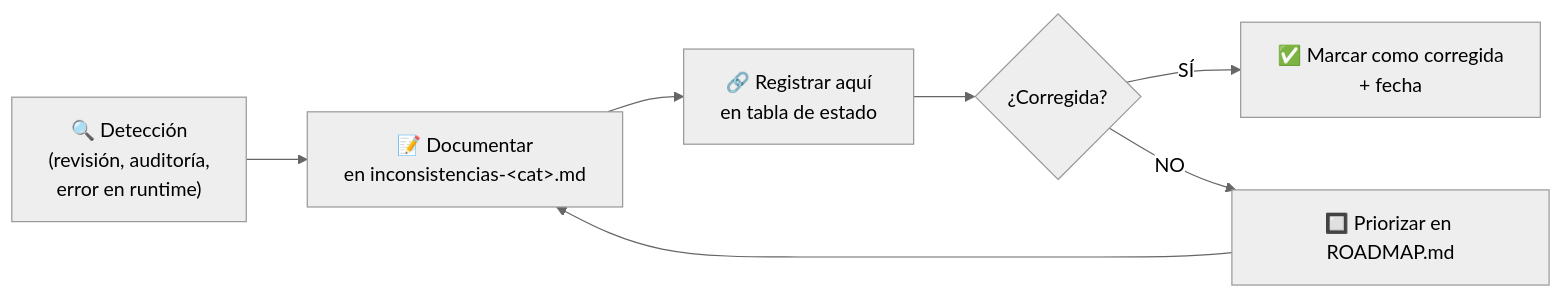
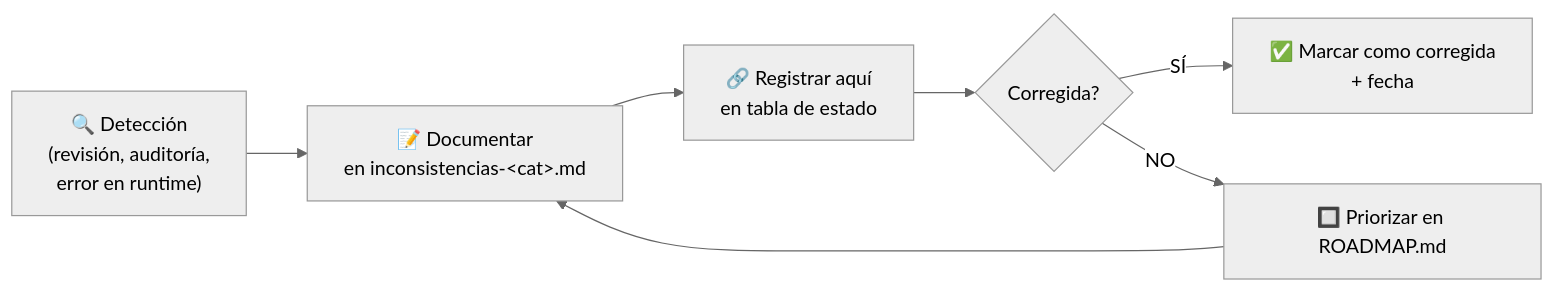
One commit to cmartinezs/keygo-server changed the diagram in docs/ai/inconsistencias.md. Above: the diagram before and after it, drawn with Mermaid (neutral theme). The commit also changed other lines of this file and 3 other files, not shown here.

````diff
--- a/docs/ai/inconsistencias.md
+++ b/docs/ai/inconsistencias.md
@@ -23,9 +23,9 @@
 ```mermaid
 flowchart LR
     A["🔍 Detección\n(revisión, auditoría,\nerror en runtime)"] --> B["📝 Documentar\nen inconsistencias-&lt;cat&gt;.md"]
     B --> C["🔗 Registrar aquí\nen tabla de estado"]
-    C --> D{¿Corregida?}
+    C --> D{Corregida?}
     D -->|SÍ| E["✅ Marcar como corregida\n+ fecha"]
     D -->|NO| F["🔲 Priorizar en ROADMAP.md"]
     F --> B
 ```
````
